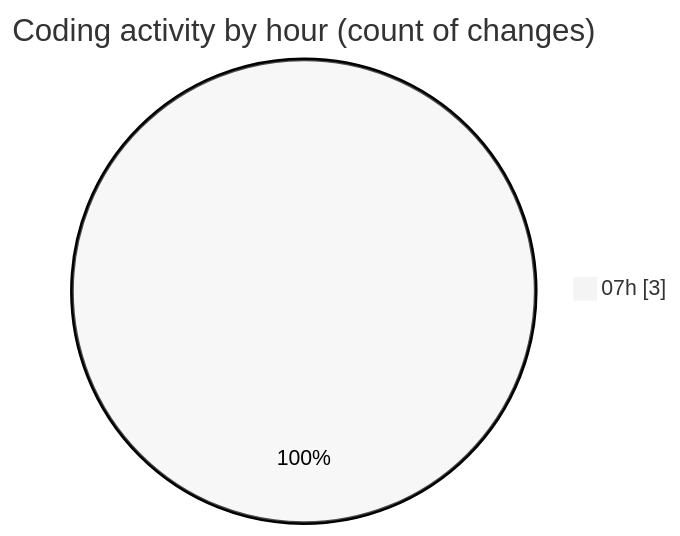
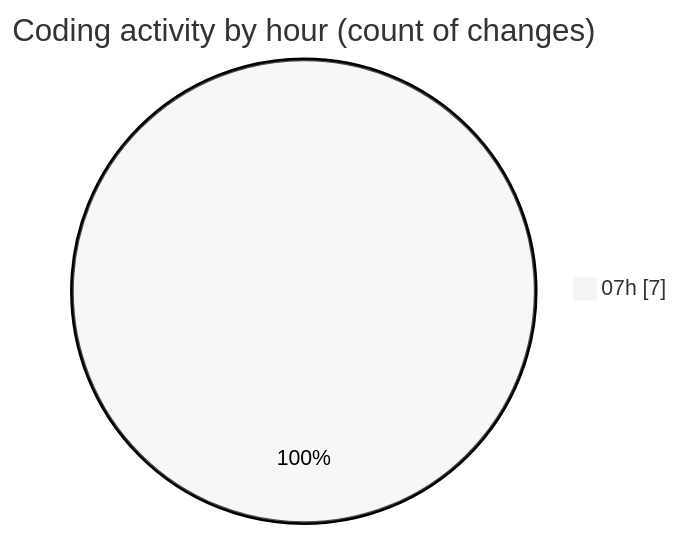
One commit to robertbonfada/code-tracking changed the second of 2 diagrams in 2025-01-29/mbc-web/README.md. Above: the diagram before and after it, drawn with Mermaid (neutral theme). The commit also changed other lines of this file and 1 other file, not shown here.

````diff
--- a/2025-01-29/mbc-web/README.md
+++ b/2025-01-29/mbc-web/README.md
@@ -30,5 +32,5 @@
 ```mermaid
 pie showData
 title Coding activity by hour (count of changes)
-"07h" : 3
+"07h" : 7
 ```
````
